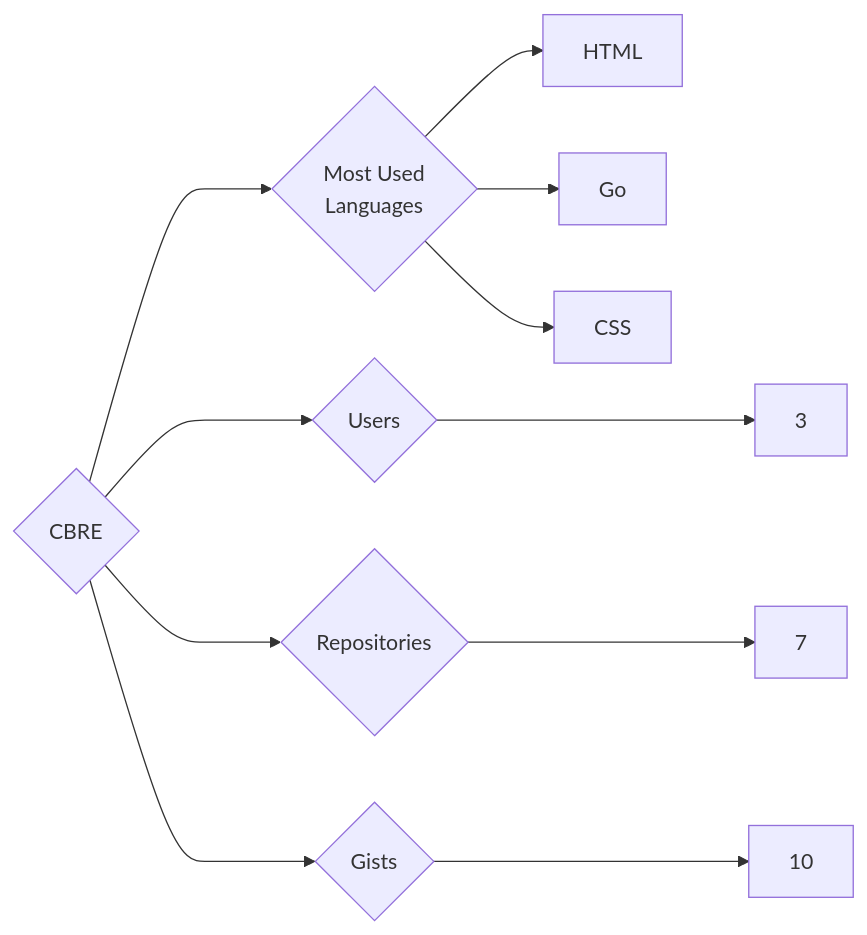
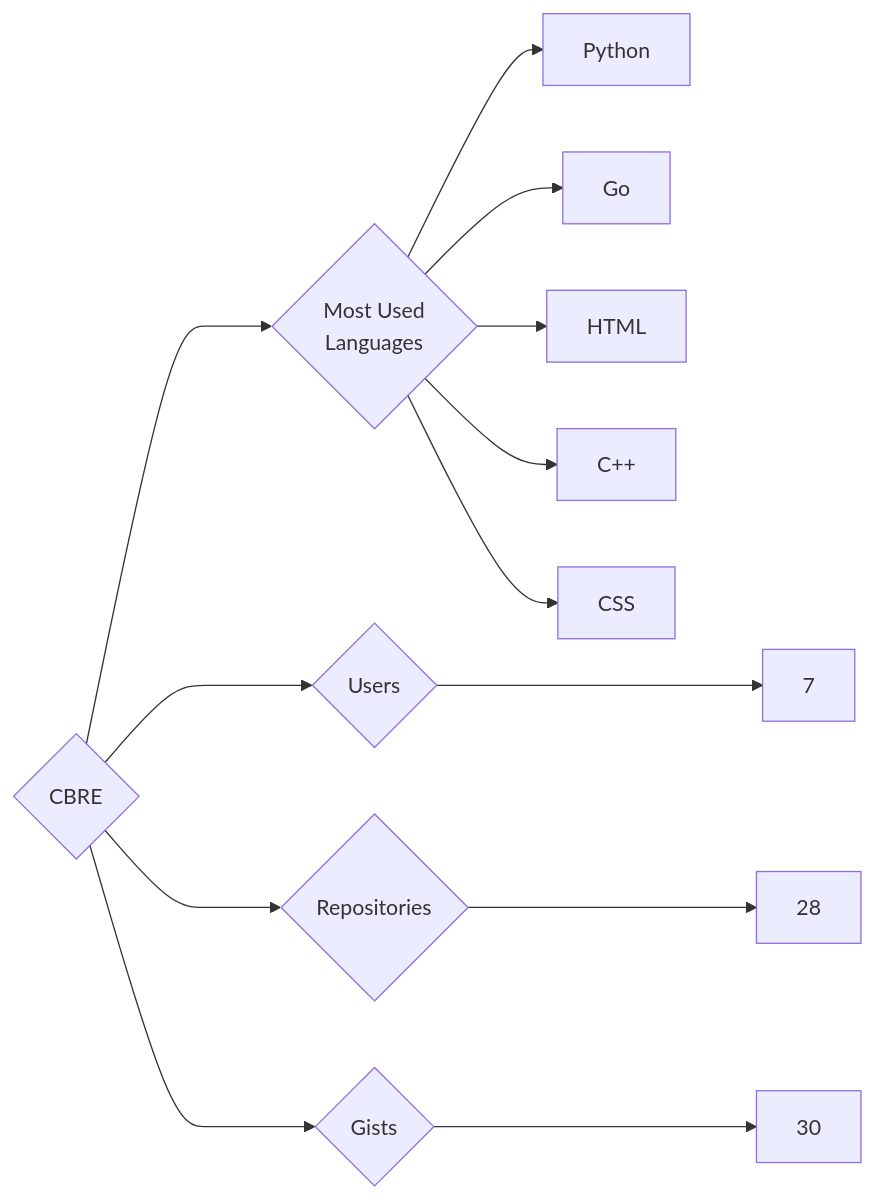
One commit to trickest/insiders changed the diagram in targets/CBRE/README.md. Above: the diagram before and after it, drawn with Mermaid. The commit also changed 859 other files, not shown here.

````diff
--- a/targets/CBRE/README.md
+++ b/targets/CBRE/README.md
@@ -3,11 +3,13 @@
 ```mermaid
 graph LR
 COMPANY_NAME{CBRE}
-COMPANY_NAME ---> U{Users} ---> UN[3]
-COMPANY_NAME ---> R{Repositories} ---> RN[7]
-COMPANY_NAME ---> G{Gists} ---> GN[10]
+COMPANY_NAME ---> U{Users} ---> UN[7]
+COMPANY_NAME ---> R{Repositories} ---> RN[28]
+COMPANY_NAME ---> G{Gists} ---> GN[30]
 COMPANY_NAME ---> ML{Most Used<br>Languages}
+ML --> Python[Python]
+ML --> Go[Go]
 ML --> HTML[HTML]
-ML --> Go[Go]
+ML --> C++[C++]
 ML --> CSS[CSS]
 ```
````
